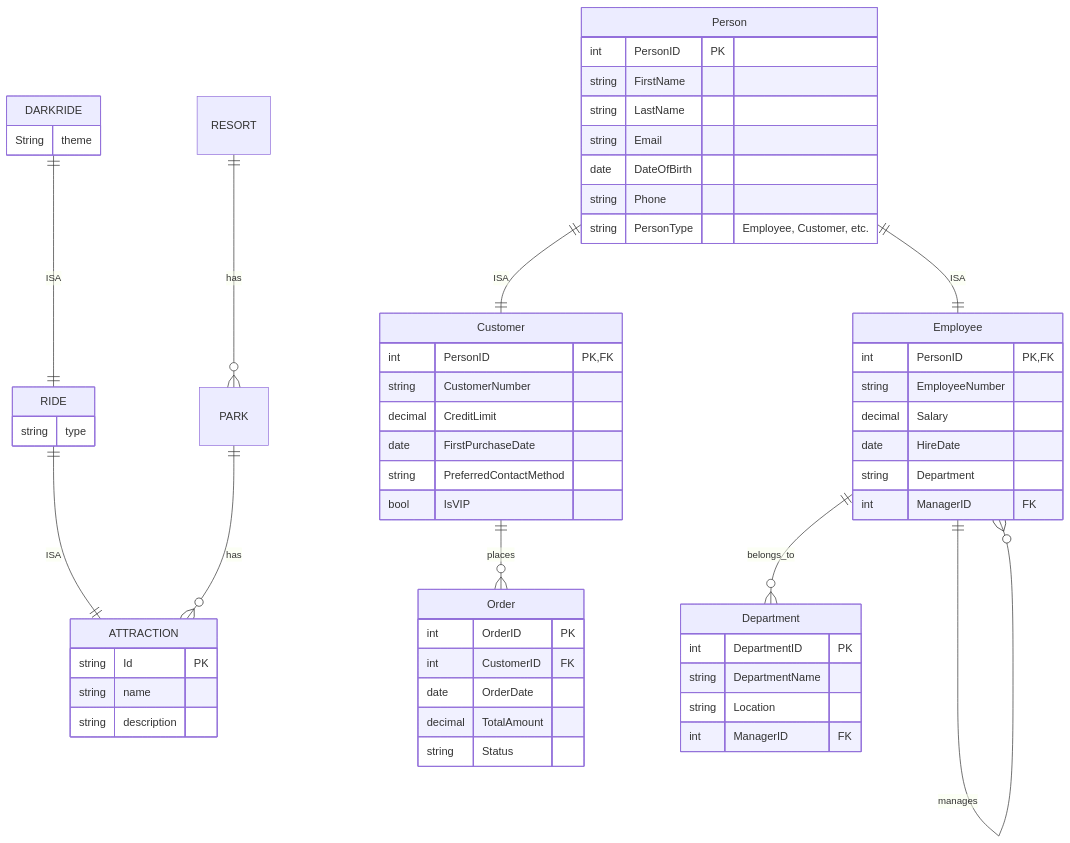
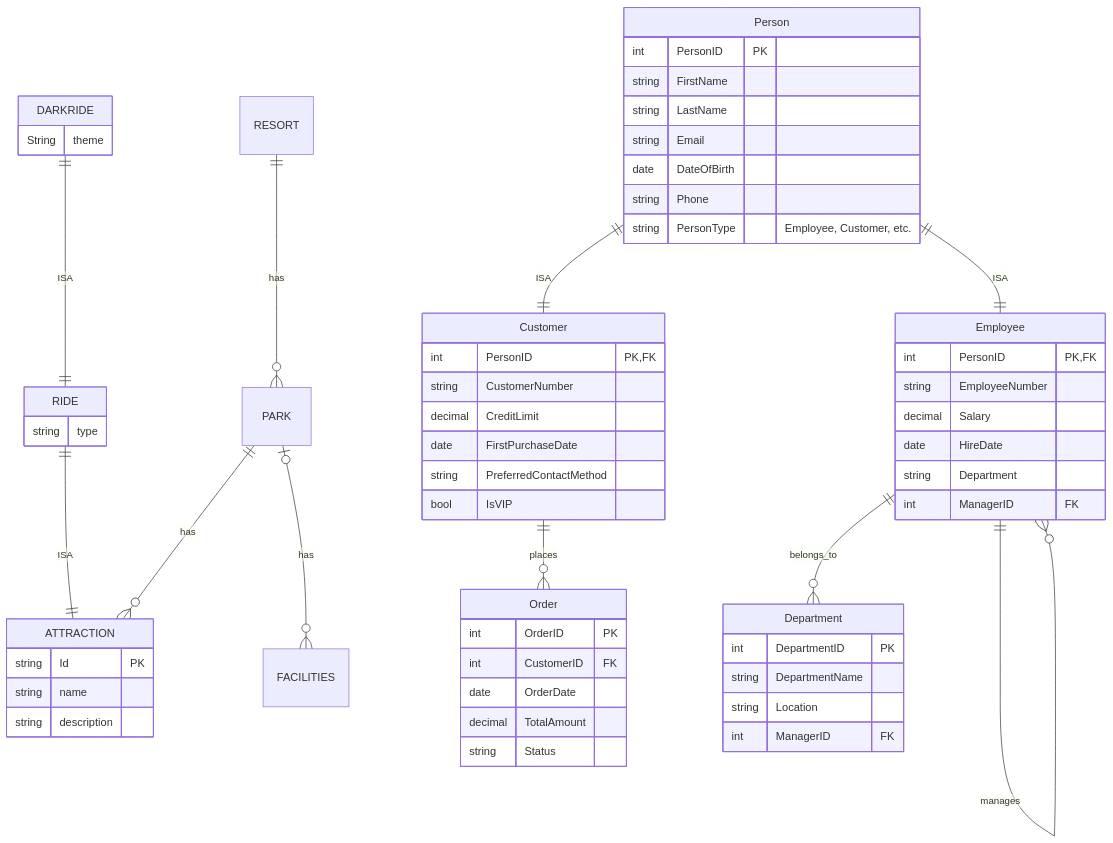
Before and after one commit to BasBrunink/tpdb: the diagram in docs/ERD.mermaid, drawn with Mermaid.

Commit message:
minor changes to ERD

```diff
--- a/docs/ERD.mermaid
+++ b/docs/ERD.mermaid
@@ -1,80 +1,83 @@
 erDiagram
     ATTRACTION {
         string Id PK
         string name 
         string description
     }
     RIDE {
         string type
         
     }
 
     DARKRIDE {
         String theme
     }
     %% Inheritance relations 
 
     RIDE ||--|| ATTRACTION: ISA
     DARKRIDE ||--|| RIDE: ISA
+
+    %% relations
     RESORT ||--o{ PARK : has
-    PARK ||--o{ATTRACTION : has
+    PARK ||--o{ ATTRACTION : has
+    PARK |o--o{ FACILITIES: has
     
 
 
     %% Base/Parent Entity
     Person {
         int PersonID PK
         string FirstName
         string LastName
         string Email
         date DateOfBirth
         string Phone
         string PersonType "Employee, Customer, etc."
     }
 
     %% Child Entity 1 - Employee
     Employee {
         int PersonID PK,FK
         string EmployeeNumber
         decimal Salary
         date HireDate
         string Department
         int ManagerID FK
     }
 
     %% Child Entity 2 - Customer  
     Customer {
         int PersonID PK,FK
         string CustomerNumber
         decimal CreditLimit
         date FirstPurchaseDate
         string PreferredContactMethod
         bool IsVIP
     }
 
     %% Manager self-reference
     Employee ||--o{ Employee : "manages"
 
     %% Inheritance relationships (ISA)
     Person ||--|| Employee : "ISA"
     Person ||--|| Customer : "ISA"
 
     %% Supporting entities to show relationships
     Order {
         int OrderID PK
         int CustomerID FK
         date OrderDate
         decimal TotalAmount
         string Status
     }
 
     Department {
         int DepartmentID PK
         string DepartmentName
         string Location
         int ManagerID FK
     }
 
     %% Business relationships
     Customer ||--o{ Order : "places"
     Employee ||--o{ Department : "belongs_to"
```
